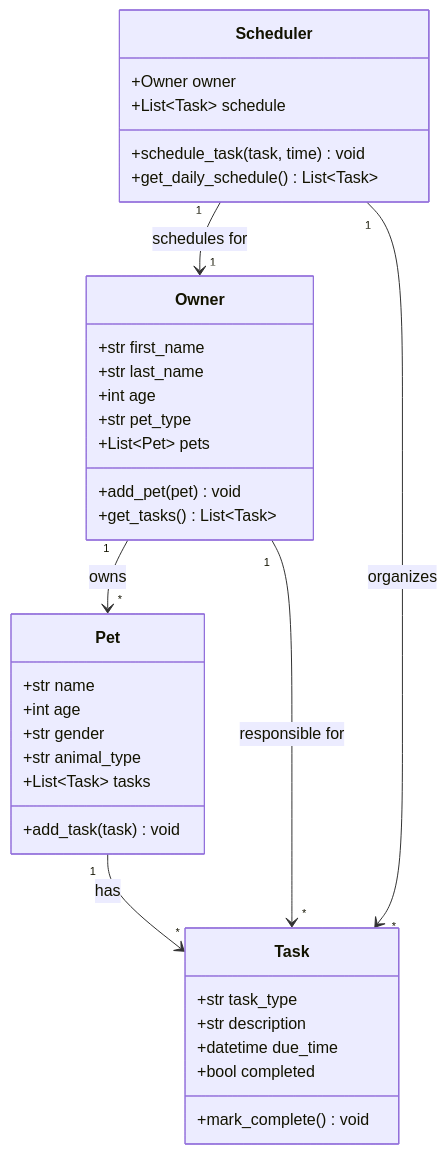
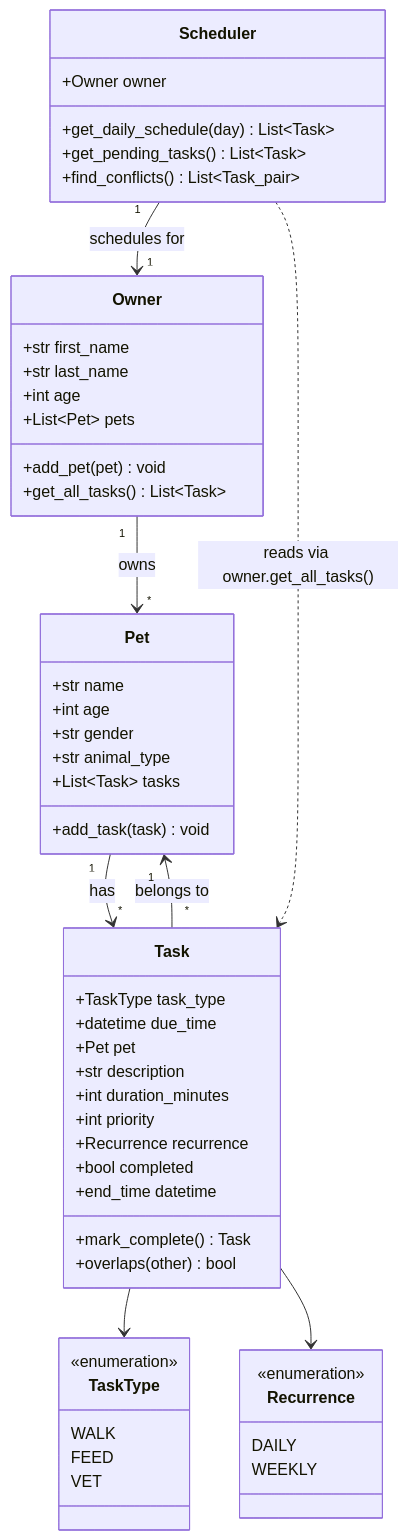
Before and after one commit to vivia25/ai110-module2show-pawpal-starter: the diagram in diagrams/uml.mmd, drawn with Mermaid. The commit also changed 6 other files, not shown here.

```diff
--- a/diagrams/uml.mmd
+++ b/diagrams/uml.mmd
@@ -1,40 +1,60 @@
 classDiagram
+    class TaskType {
+        <<enumeration>>
+        WALK
+        FEED
+        VET
+    }
+
+    class Recurrence {
+        <<enumeration>>
+        DAILY
+        WEEKLY
+    }
+
     class Owner {
         +str first_name
         +str last_name
         +int age
-        +str pet_type
         +List~Pet~ pets
         +add_pet(pet) void
-        +get_tasks() List~Task~
+        +get_all_tasks() List~Task~
     }
 
     class Pet {
         +str name
         +int age
         +str gender
         +str animal_type
         +List~Task~ tasks
         +add_task(task) void
     }
 
     class Task {
-        +str task_type
+        +TaskType task_type
+        +datetime due_time
+        +Pet pet
         +str description
-        +datetime due_time
+        +int duration_minutes
+        +int priority
+        +Recurrence recurrence
         +bool completed
-        +mark_complete() void
+        +mark_complete() Task
+        +overlaps(other) bool
+        +end_time datetime
     }
 
     class Scheduler {
         +Owner owner
-        +List~Task~ schedule
-        +schedule_task(task, time) void
-        +get_daily_schedule() List~Task~
+        +get_daily_schedule(day) List~Task~
+        +get_pending_tasks() List~Task~
+        +find_conflicts() List~Task_pair~
     }
 
     Owner "1" --> "*" Pet : owns
     Pet "1" --> "*" Task : has
-    Owner "1" --> "*" Task : responsible for
+    Task "*" --> "1" Pet : belongs to
+    Task --> TaskType
+    Task --> Recurrence
     Scheduler "1" --> "1" Owner : schedules for
-    Scheduler "1" --> "*" Task : organizes
+    Scheduler ..> Task : reads via owner.get_all_tasks()
```
